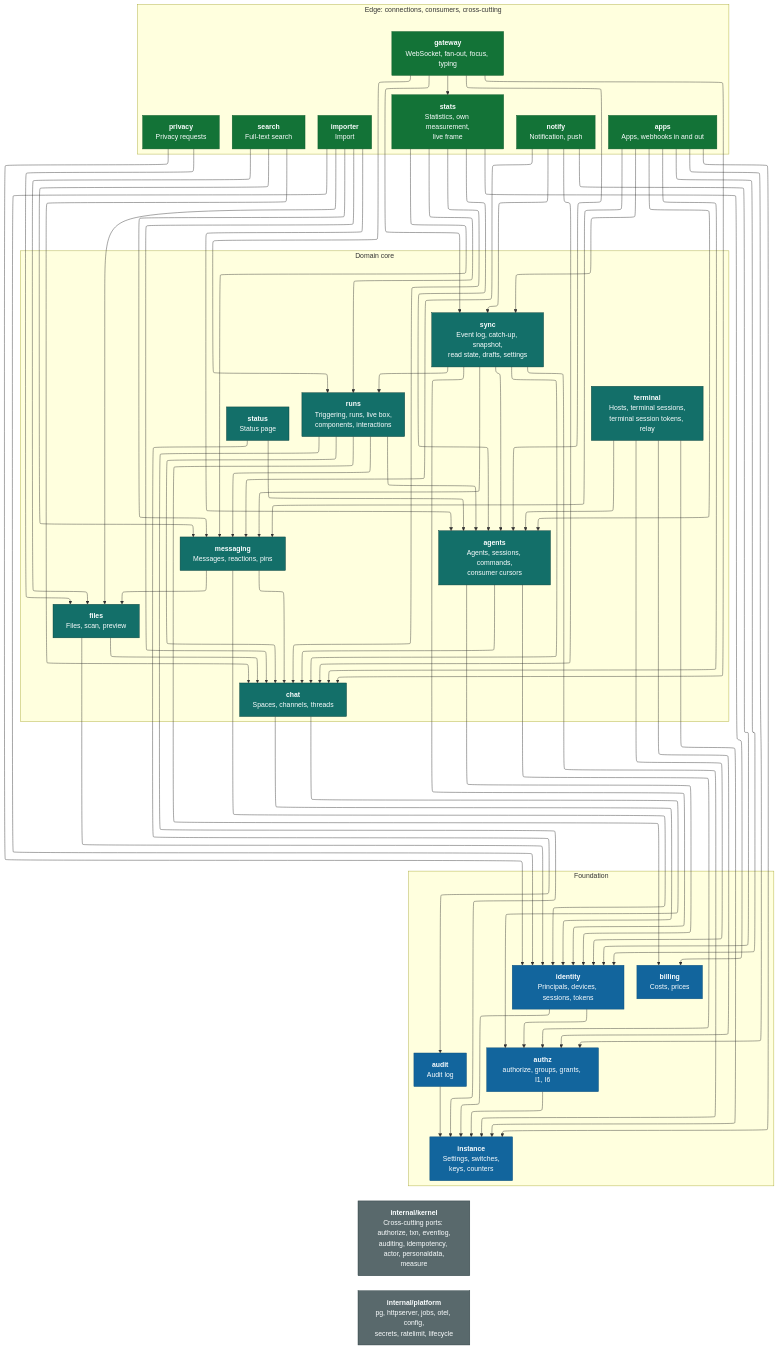
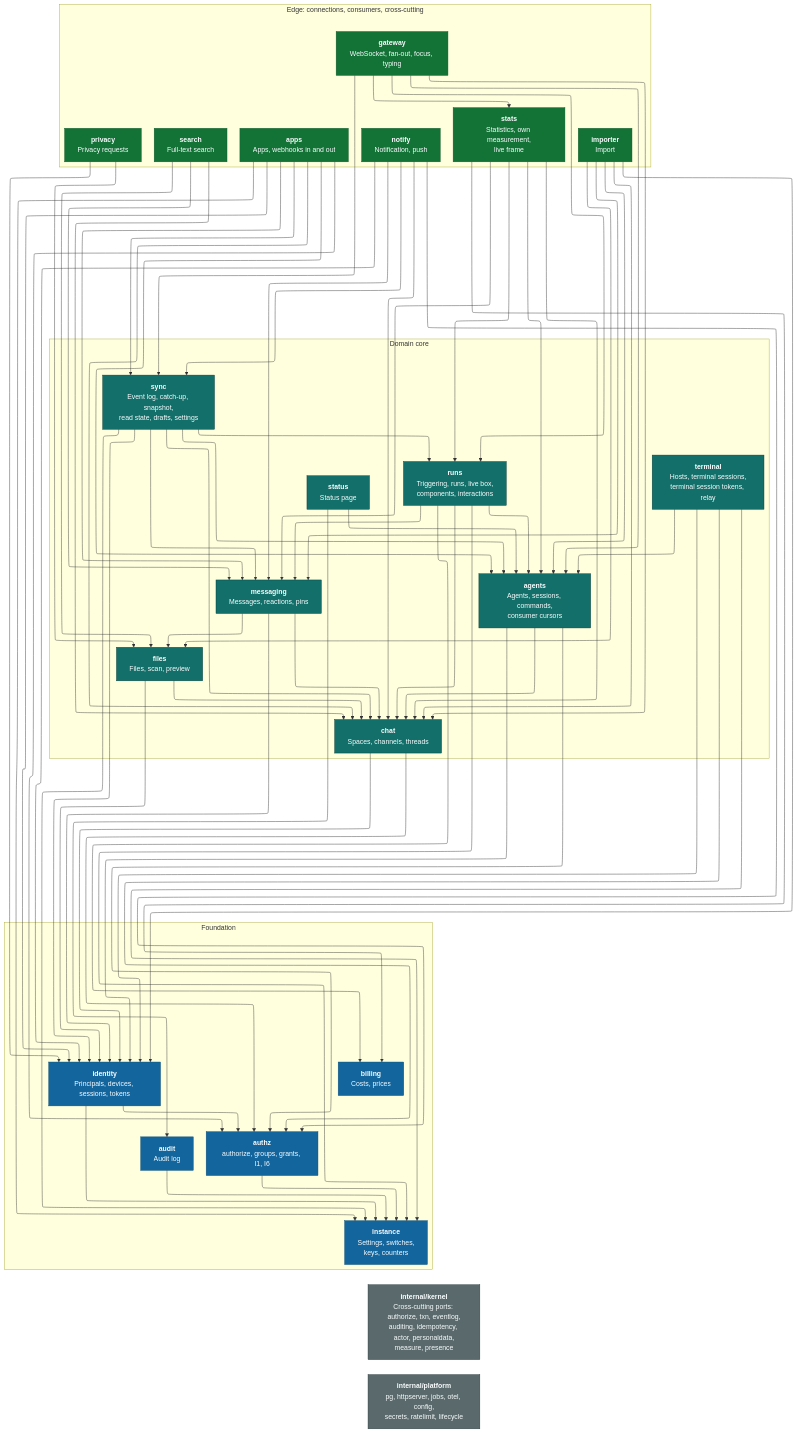
The diagram in docs/architecture/c4-3-server-components.mmd (mguttmann/bothy), drawn with Mermaid before and after one commit. The commit also changed 167 other files, not shown here.

```diff
--- a/docs/architecture/c4-3-server-components.mmd
+++ b/docs/architecture/c4-3-server-components.mmd
@@ -1,109 +1,110 @@
 ---
 config:
   layout: elk
 ---
 %% C4 level 3: components of the server = modules of the monolith.
 %% Arrow A --> B means: A may call the port of B (dependency table in 02-architecture.md, 4.4).
 %% All modules also use the cross-cutting ports from internal/kernel; these edges are not drawn.
 flowchart TB
   classDef top fill:#137337,stroke:#0c5828,color:#fbfeff
   classDef mid fill:#136f69,stroke:#063b38,color:#fbfeff
   classDef base fill:#12659d,stroke:#0b4d79,color:#fbfeff
   classDef shared fill:#59696c,stroke:#24363a,color:#fbfeff
 
   subgraph edge["Edge: connections, consumers, cross-cutting"]
     gateway["<b>gateway</b><br/>WebSocket, fan-out, focus, typing"]:::top
     notify["<b>notify</b><br/>Notification, push"]:::top
     apps["<b>apps</b><br/>Apps, webhooks in and out"]:::top
     stats["<b>stats</b><br/>Statistics, own measurement,<br/>live frame"]:::top
     privacy["<b>privacy</b><br/>Privacy requests"]:::top
     importer["<b>importer</b><br/>Import"]:::top
     search["<b>search</b><br/>Full-text search"]:::top
   end
 
   subgraph core["Domain core"]
     sync["<b>sync</b><br/>Event log, catch-up, snapshot,<br/>read state, drafts, settings"]:::mid
     runs["<b>runs</b><br/>Triggering, runs, live box,<br/>components, interactions"]:::mid
     messaging["<b>messaging</b><br/>Messages, reactions, pins"]:::mid
     status["<b>status</b><br/>Status page"]:::mid
     agents["<b>agents</b><br/>Agents, sessions, commands,<br/>consumer cursors"]:::mid
     files["<b>files</b><br/>Files, scan, preview"]:::mid
     chat["<b>chat</b><br/>Spaces, channels, threads"]:::mid
     terminal["<b>terminal</b><br/>Hosts, terminal sessions,<br/>terminal session tokens, relay"]:::mid
   end
 
   subgraph foundation["Foundation"]
     identity["<b>identity</b><br/>Principals, devices, sessions, tokens"]:::base
     authz["<b>authz</b><br/>authorize, groups, grants, I1, I6"]:::base
     audit["<b>audit</b><br/>Audit log"]:::base
     billing["<b>billing</b><br/>Costs, prices"]:::base
     instance["<b>instance</b><br/>Settings, switches,<br/>keys, counters"]:::base
   end
 
-  kernel["<b>internal/kernel</b><br/>Cross-cutting ports: authorize, txn, eventlog,<br/>auditing, idempotency, actor, personaldata,<br/>measure"]:::shared
+  kernel["<b>internal/kernel</b><br/>Cross-cutting ports: authorize, txn, eventlog,<br/>auditing, idempotency, actor, personaldata,<br/>measure, presence"]:::shared
   platform["<b>internal/platform</b><br/>pg, httpserver, jobs, otel, config,<br/>secrets, ratelimit, lifecycle"]:::shared
 
   gateway --> chat
   gateway --> agents
   gateway --> runs
   gateway --> sync
   gateway --> stats
   notify --> identity
   notify --> chat
   notify --> messaging
   notify --> sync
+  notify --> authz
   apps --> instance
   apps --> identity
   apps --> authz
   apps --> chat
   apps --> agents
   apps --> messaging
   apps --> sync
   stats --> chat
   stats --> agents
   stats --> messaging
   stats --> runs
   stats --> billing
   privacy --> identity
   privacy --> files
   importer --> identity
   importer --> chat
   importer --> agents
   importer --> messaging
   importer --> files
   search --> chat
   search --> messaging
   search --> files
   sync --> instance
   sync --> identity
   sync --> chat
   sync --> agents
   sync --> messaging
   sync --> runs
   runs --> instance
   runs --> chat
   runs --> agents
   runs --> messaging
   runs --> billing
   messaging --> identity
   messaging --> chat
   messaging --> files
   status --> agents
   status --> audit
   terminal --> instance
   terminal --> identity
   terminal --> authz
   terminal --> agents
   agents --> identity
   agents --> authz
   agents --> chat
   files --> identity
   files --> chat
   chat --> identity
   chat --> authz
   identity --> instance
   identity --> authz
   authz --> instance
   audit --> instance
   foundation ~~~ kernel
   kernel ~~~ platform
```
